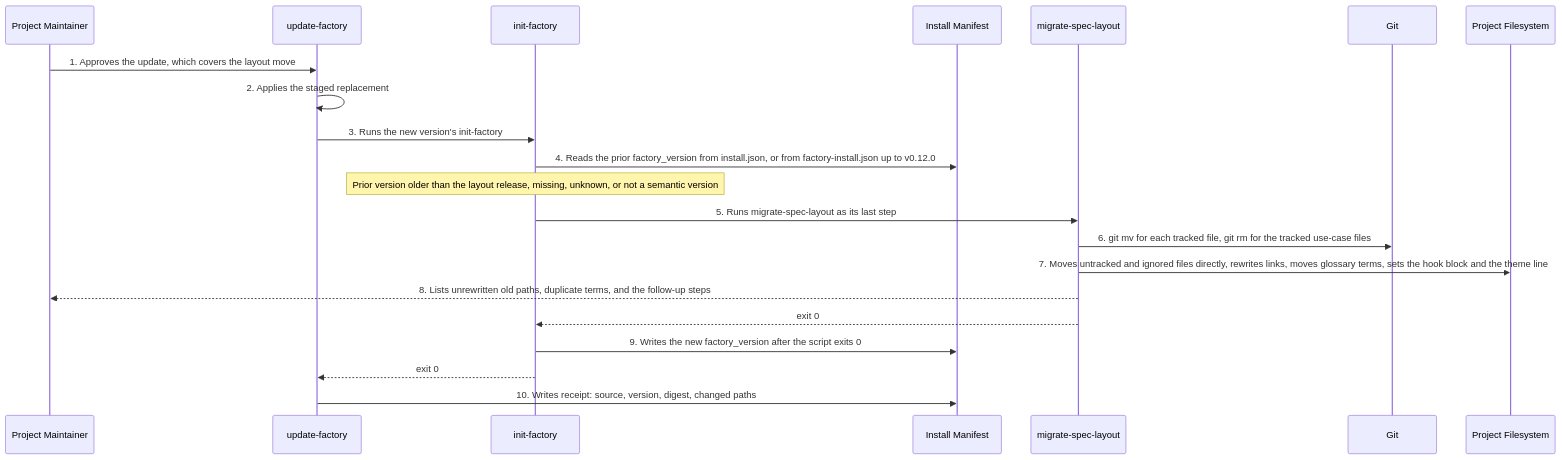
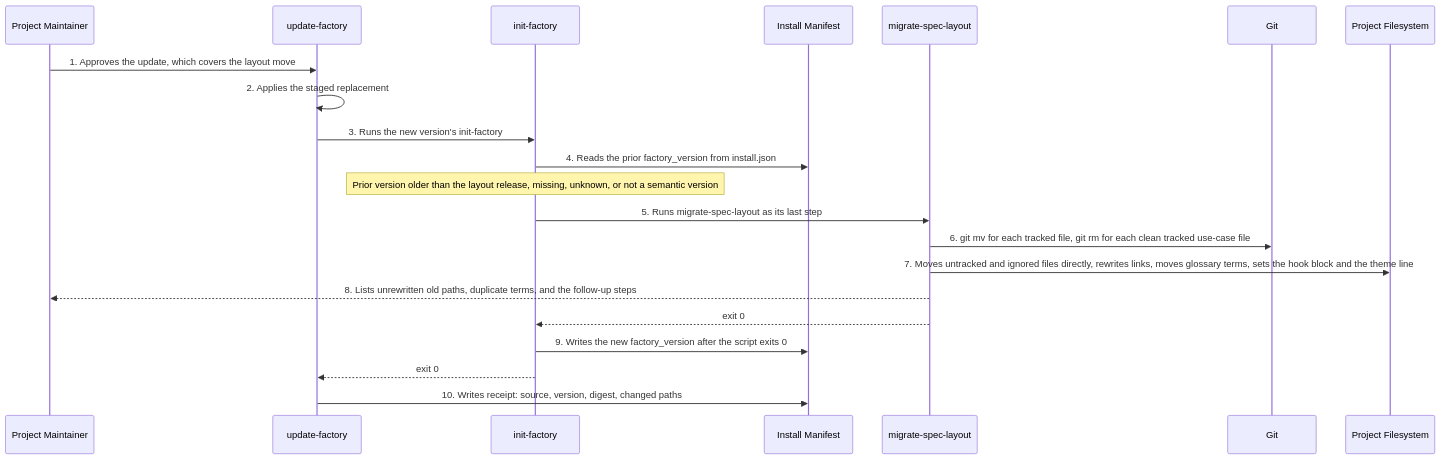
One commit to matthiasdaues/agent_factory changed diagram 18 of 19 in docs/arc42/06_runtime_view.md. Above: the diagram before and after it, drawn with Mermaid. The commit also changed other lines of this file and 38 other files, not shown here.

````diff
--- a/docs/arc42/06_runtime_view.md
+++ b/docs/arc42/06_runtime_view.md
@@ -591,24 +591,24 @@
 ```mermaid
 sequenceDiagram
     participant M as Project Maintainer
     participant UF as update-factory
     participant IF as init-factory
     participant IM as Install Manifest
     participant MSL as migrate-spec-layout
     participant G as Git
     participant PF as Project Filesystem
 
     M->>UF: 1. Approves the update, which covers the layout move
     UF->>UF: 2. Applies the staged replacement
     UF->>IF: 3. Runs the new version's init-factory
-    IF->>IM: 4. Reads the prior factory_version from install.json, or from factory-install.json up to v0.12.0
+    IF->>IM: 4. Reads the prior factory_version from install.json
     Note over IF: Prior version older than the layout release, missing, unknown, or not a semantic version
     IF->>MSL: 5. Runs migrate-spec-layout as its last step
-    MSL->>G: 6. git mv for each tracked file, git rm for the tracked use-case files
+    MSL->>G: 6. git mv for each tracked file, git rm for each clean tracked use-case file
     MSL->>PF: 7. Moves untracked and ignored files directly, rewrites links, moves glossary terms, sets the hook block and the theme line
     MSL-->>M: 8. Lists unrewritten old paths, duplicate terms, and the follow-up steps
     MSL-->>IF: exit 0
     IF->>IM: 9. Writes the new factory_version after the script exits 0
     IF-->>UF: exit 0
     UF->>IM: 10. Writes receipt: source, version, digest, changed paths
 ```
````
